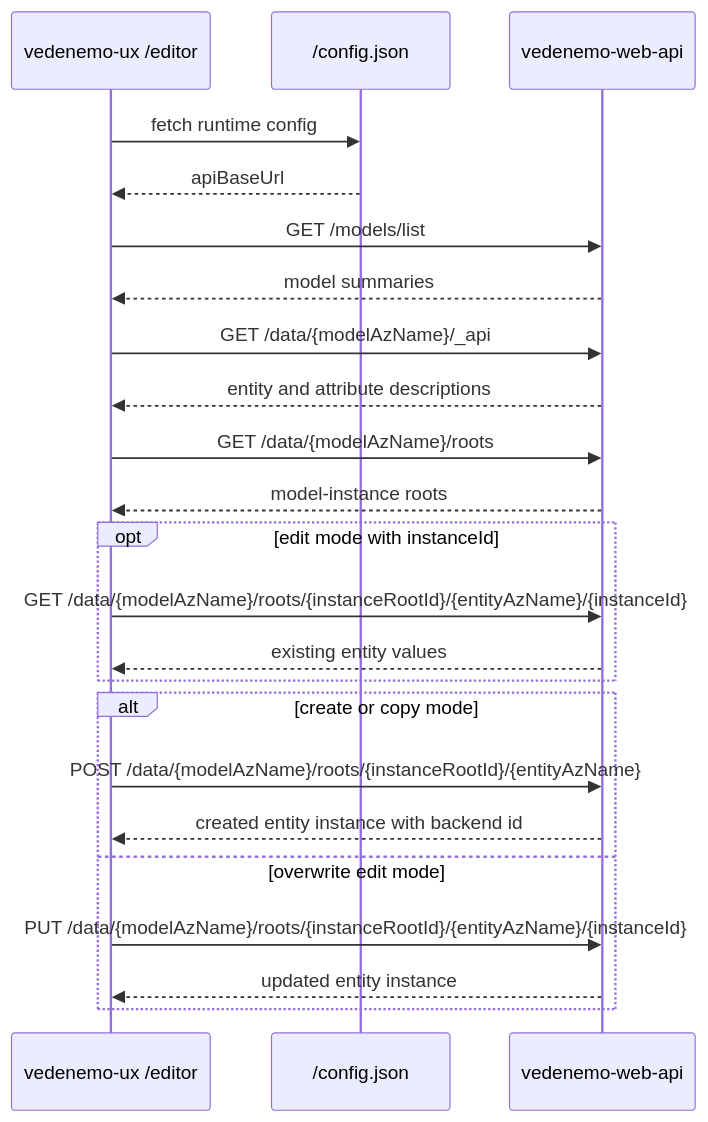
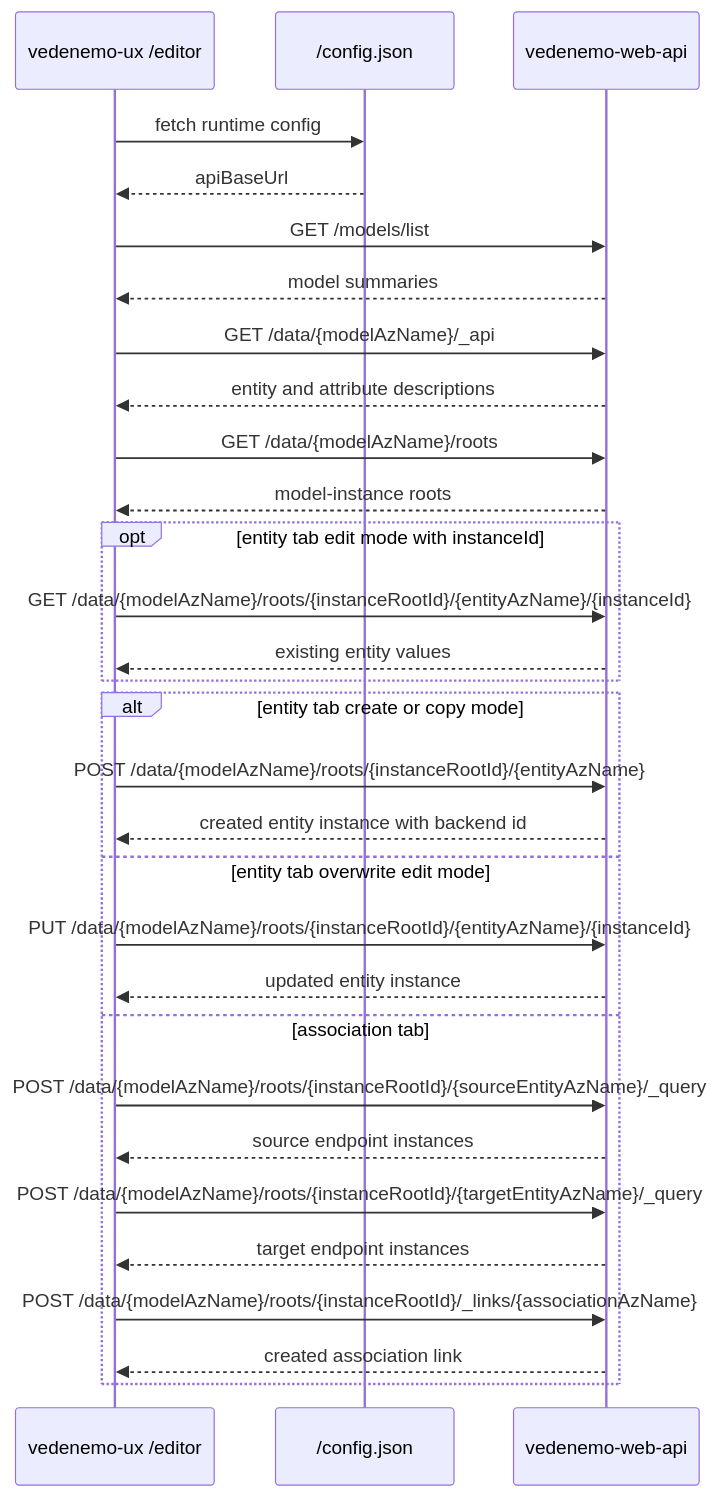
Before and after one commit to VedenemoDev/VedenemoMonorepo: the ninth of 10 diagrams in docs/architecture_doc.md, drawn with Mermaid. The commit also changed other lines of this file and 3 other files, not shown here.

First line of the commit message:
Split runtime editor into entity and association tabs

````diff
--- a/docs/architecture_doc.md
+++ b/docs/architecture_doc.md
@@ -829,26 +832,33 @@
 ```mermaid
 sequenceDiagram
     participant UX as vedenemo-ux /editor
     participant Config as /config.json
     participant API as vedenemo-web-api
 
     UX->>Config: fetch runtime config
     Config-->>UX: apiBaseUrl
     UX->>API: GET /models/list
     API-->>UX: model summaries
     UX->>API: GET /data/{modelAzName}/_api
     API-->>UX: entity and attribute descriptions
     UX->>API: GET /data/{modelAzName}/roots
     API-->>UX: model-instance roots
-    opt edit mode with instanceId
+    opt entity tab edit mode with instanceId
         UX->>API: GET /data/{modelAzName}/roots/{instanceRootId}/{entityAzName}/{instanceId}
         API-->>UX: existing entity values
     end
-    alt create or copy mode
+    alt entity tab create or copy mode
         UX->>API: POST /data/{modelAzName}/roots/{instanceRootId}/{entityAzName}
         API-->>UX: created entity instance with backend id
-    else overwrite edit mode
+    else entity tab overwrite edit mode
         UX->>API: PUT /data/{modelAzName}/roots/{instanceRootId}/{entityAzName}/{instanceId}
         API-->>UX: updated entity instance
+    else association tab
+        UX->>API: POST /data/{modelAzName}/roots/{instanceRootId}/{sourceEntityAzName}/_query
+        API-->>UX: source endpoint instances
+        UX->>API: POST /data/{modelAzName}/roots/{instanceRootId}/{targetEntityAzName}/_query
+        API-->>UX: target endpoint instances
+        UX->>API: POST /data/{modelAzName}/roots/{instanceRootId}/_links/{associationAzName}
+        API-->>UX: created association link
     end
 ```
````
